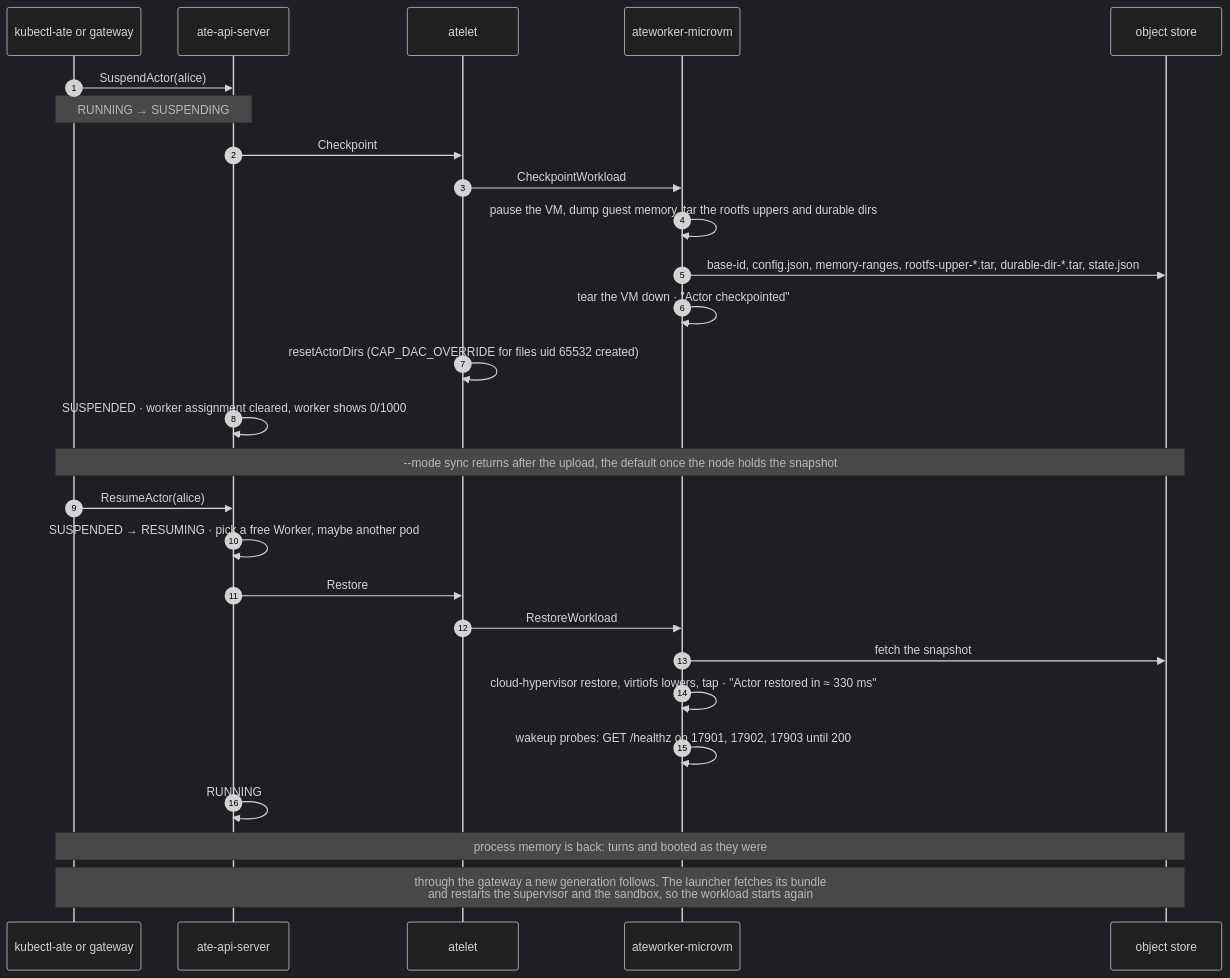
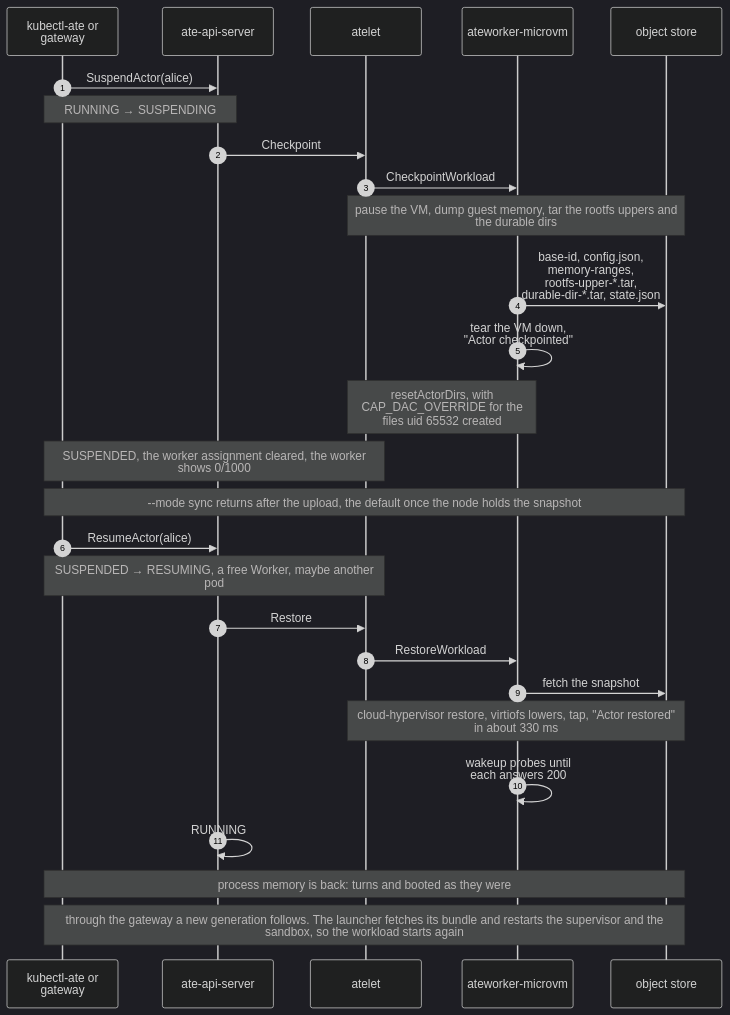
Before and after one commit to dims/openshell-driver-substrate: the sixth of 8 diagrams in docs/architecture.md, drawn with Mermaid (dark theme). The commit also changed other lines of this file and 1 other file, not shown here.

First line of the commit message:
docs: architecture diagrams that GitHub renders legibly

````diff
--- a/docs/architecture.md
+++ b/docs/architecture.md
@@ -526,30 +529,31 @@
 ```mermaid
+%%{init: {"sequence": {"wrap": true}}}%%
 sequenceDiagram
   autonumber
   participant OP as kubectl-ate or gateway
   participant API as ate-api-server
   participant AT as atelet
   participant AM as ateworker-microvm
   participant S as object store
 
   OP->>API: SuspendActor(alice)
   Note over OP,API: RUNNING → SUSPENDING
   API->>AT: Checkpoint
   AT->>AM: CheckpointWorkload
-  AM->>AM: pause the VM, dump guest memory, tar the rootfs uppers and durable dirs
+  Note over AT,S: pause the VM, dump guest memory, tar the rootfs uppers and the durable dirs
   AM->>S: base-id, config.json, memory-ranges, rootfs-upper-*.tar, durable-dir-*.tar, state.json
-  AM->>AM: tear the VM down · "Actor checkpointed"
-  AT->>AT: resetActorDirs (CAP_DAC_OVERRIDE for files uid 65532 created)
-  API->>API: SUSPENDED · worker assignment cleared, worker shows 0/1000
+  AM->>AM: tear the VM down, "Actor checkpointed"
+  Note over AT,AM: resetActorDirs, with CAP_DAC_OVERRIDE for the files uid 65532 created
+  Note over OP,AT: SUSPENDED, the worker assignment cleared, the worker shows 0/1000
   Note over OP,S: --mode sync returns after the upload, the default once the node holds the snapshot
   OP->>API: ResumeActor(alice)
-  API->>API: SUSPENDED → RESUMING · pick a free Worker, maybe another pod
+  Note over OP,AT: SUSPENDED → RESUMING, a free Worker, maybe another pod
   API->>AT: Restore
   AT->>AM: RestoreWorkload
   AM->>S: fetch the snapshot
-  AM->>AM: cloud-hypervisor restore, virtiofs lowers, tap · "Actor restored in ≈ 330 ms"
-  AM->>AM: wakeup probes: GET /healthz on 17901, 17902, 17903 until 200
+  Note over AT,S: cloud-hypervisor restore, virtiofs lowers, tap, "Actor restored" in about 330 ms
+  AM->>AM: wakeup probes until each answers 200
   API->>API: RUNNING
   Note over OP,S: process memory is back: turns and booted as they were
-  Note over OP,S: through the gateway a new generation follows. The launcher fetches its bundle<br/>and restarts the supervisor and the sandbox, so the workload starts again
+  Note over OP,S: through the gateway a new generation follows. The launcher fetches its bundle and restarts the supervisor and the sandbox, so the workload starts again
 ```
````
